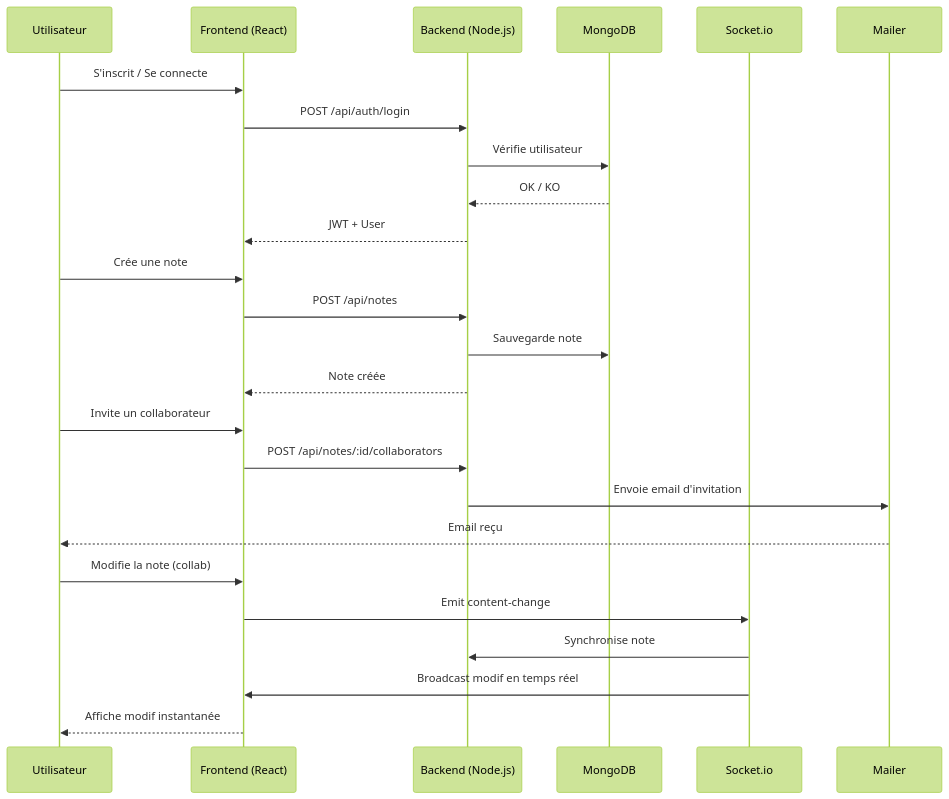
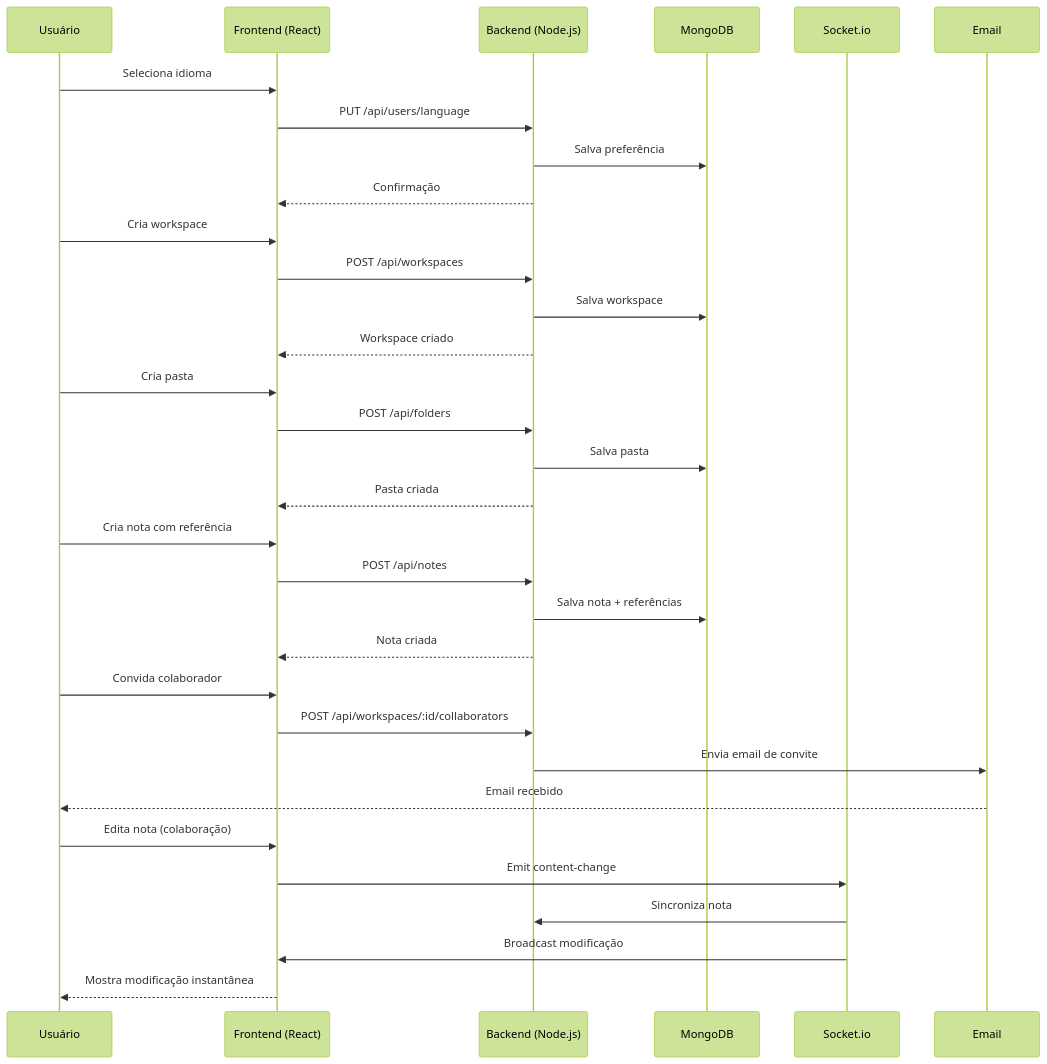
Before and after one commit to Sen2pi/mesnotescolab: the second of 3 diagrams in README.md, drawn with Mermaid (forest theme). The commit also changed other lines of this file and 170 other files, not shown here.

````diff
--- a/README.md
+++ b/README.md
@@ -62,28 +172,40 @@
 ```mermaid
 sequenceDiagram
-  participant U as Utilisateur
+  participant U as Usuário
   participant FE as Frontend (React)
   participant BE as Backend (Node.js)
   participant DB as MongoDB
   participant S as Socket.io
-  participant M as Mailer
+  participant M as Email
 
-  U->>FE: S'inscrit / Se connecte
-  FE->>BE: POST /api/auth/login
-  BE->>DB: Vérifie utilisateur
-  DB-->>BE: OK / KO
-  BE-->>FE: JWT + User
-  U->>FE: Crée une note
+  U->>FE: Seleciona idioma
+  FE->>BE: PUT /api/users/language
+  BE->>DB: Salva preferência
+  BE-->>FE: Confirmação
+  
+  U->>FE: Cria workspace
+  FE->>BE: POST /api/workspaces
+  BE->>DB: Salva workspace
+  BE-->>FE: Workspace criado
+  
+  U->>FE: Cria pasta
+  FE->>BE: POST /api/folders
+  BE->>DB: Salva pasta
+  BE-->>FE: Pasta criada
+  
+  U->>FE: Cria nota com referência
   FE->>BE: POST /api/notes
-  BE->>DB: Sauvegarde note
-  BE-->>FE: Note créée
-  U->>FE: Invite un collaborateur
-  FE->>BE: POST /api/notes/:id/collaborators
-  BE->>M: Envoie email d'invitation
-  M-->>U: Email reçu
-  U->>FE: Modifie la note (collab)
+  BE->>DB: Salva nota + referências
+  BE-->>FE: Nota criada
+  
+  U->>FE: Convida colaborador
+  FE->>BE: POST /api/workspaces/:id/collaborators
+  BE->>M: Envia email de convite
+  M-->>U: Email recebido
+  
+  U->>FE: Edita nota (colaboração)
   FE->>S: Emit content-change
-  S->>BE: Synchronise note
-  S->>FE: Broadcast modif en temps réel
-  FE-->>U: Affiche modif instantanée
+  S->>BE: Sincroniza nota
+  S->>FE: Broadcast modificação
+  FE-->>U: Mostra modificação instantânea
 ```
````
